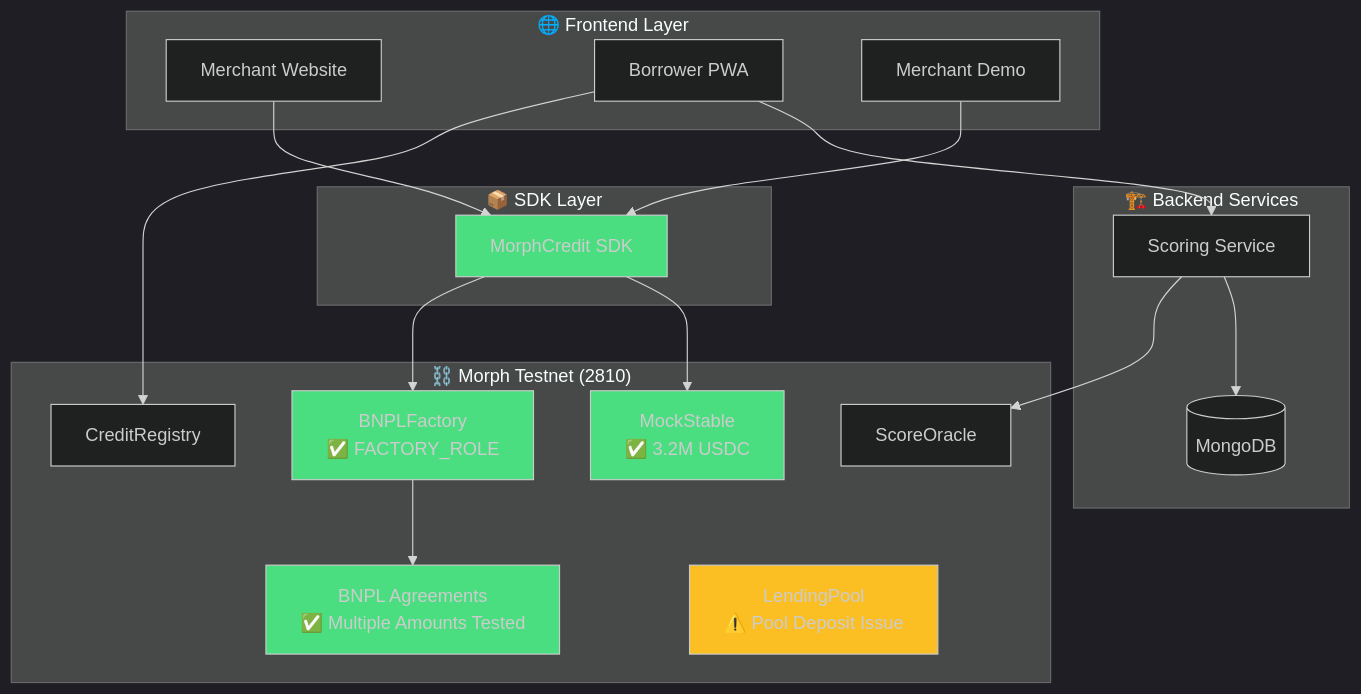
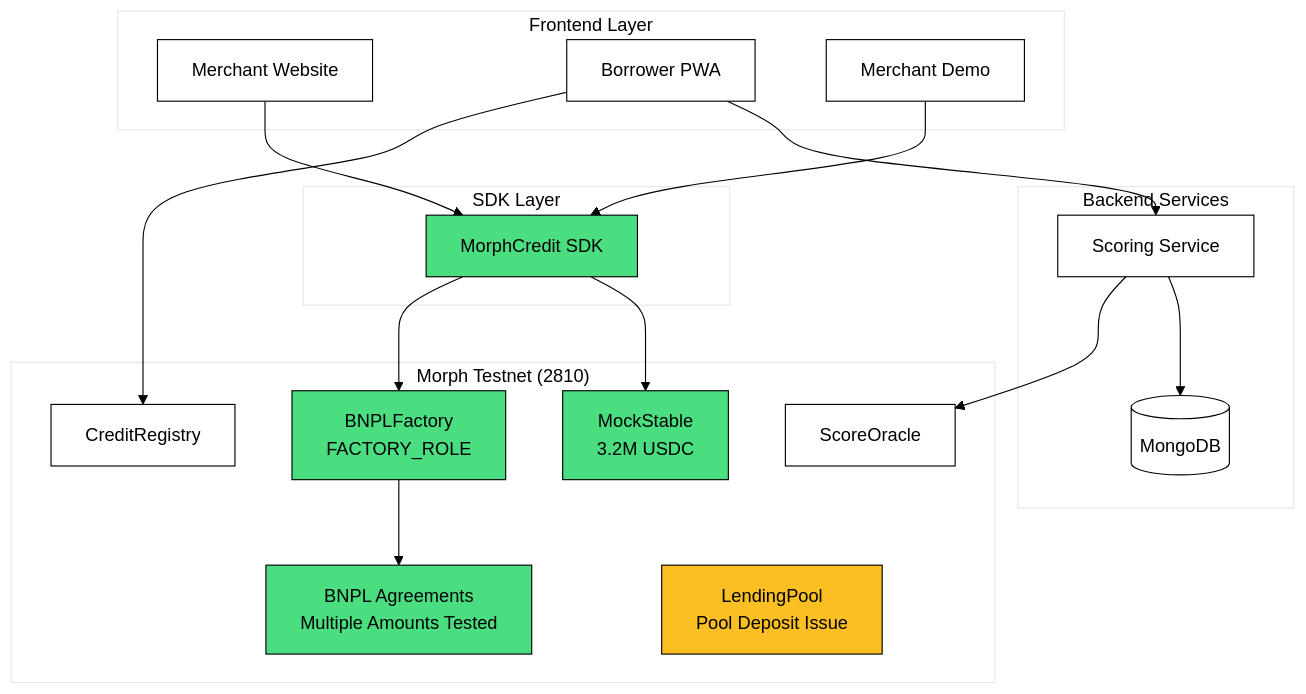
One commit to okwareddevnest/MorphCredit changed the fifth of 6 diagrams in README.md. Above: the diagram before and after it, drawn with Mermaid. The commit also changed other lines of this file, not shown here.

````diff
--- a/README.md
+++ b/README.md
@@ -376,43 +376,43 @@
 ```mermaid
-%%{init: { 'theme': 'dark' }}%%
+%%{init: {'theme':'base', 'themeVariables': {'primaryColor': '#ffffff', 'primaryTextColor': '#000000', 'primaryBorderColor': '#000000', 'lineColor': '#000000', 'secondaryColor': '#ffffff', 'tertiaryColor': '#ffffff', 'background': '#ffffff', 'mainBkg': '#ffffff', 'secondBkg': '#ffffff', 'tertiaryBkg': '#ffffff'}}}%%
 flowchart TB
-  subgraph "🌐 Frontend Layer"
+  subgraph "Frontend Layer"
     MW[Merchant Website]
     BP[Borrower PWA]
     MD[Merchant Demo]
   end
   
-  subgraph "📦 SDK Layer"
+  subgraph "SDK Layer"
     SDK[MorphCredit SDK]
   end
   
-  subgraph "⛓️ Morph Testnet (2810)"
-    BF[BNPLFactory<br/>✅ FACTORY_ROLE]
-    MS[MockStable<br/>✅ 3.2M USDC]
-    BA[BNPL Agreements<br/>✅ Multiple Amounts Tested]
+  subgraph "Morph Testnet (2810)"
+    BF[BNPLFactory<br/>FACTORY_ROLE]
+    MS[MockStable<br/>3.2M USDC]
+    BA[BNPL Agreements<br/>Multiple Amounts Tested]
     SO[ScoreOracle]
     CR[CreditRegistry]
-    LP[LendingPool<br/>⚠️ Pool Deposit Issue]
+    LP[LendingPool<br/>Pool Deposit Issue]
   end
   
-  subgraph "🏗️ Backend Services"
+  subgraph "Backend Services"
     SC[Scoring Service]
     DB[(MongoDB)]
   end
 
   MW --> SDK
   MD --> SDK
   SDK --> BF
   SDK --> MS
   BF --> BA
   BP --> CR
   BP --> SC
   SC --> SO
   SC --> DB
   
-  style BF fill:#4ade80
-  style MS fill:#4ade80
-  style BA fill:#4ade80
-  style SDK fill:#4ade80
-  style LP fill:#fbbf24
+  style BF fill:#4ade80,color:#000000
+  style MS fill:#4ade80,color:#000000
+  style BA fill:#4ade80,color:#000000
+  style SDK fill:#4ade80,color:#000000
+  style LP fill:#fbbf24,color:#000000
 ```
````
